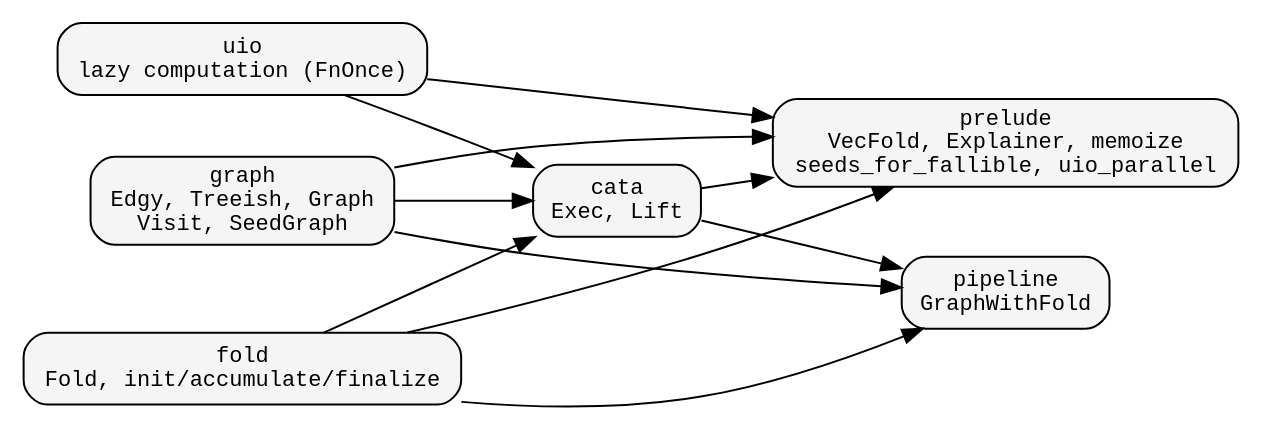
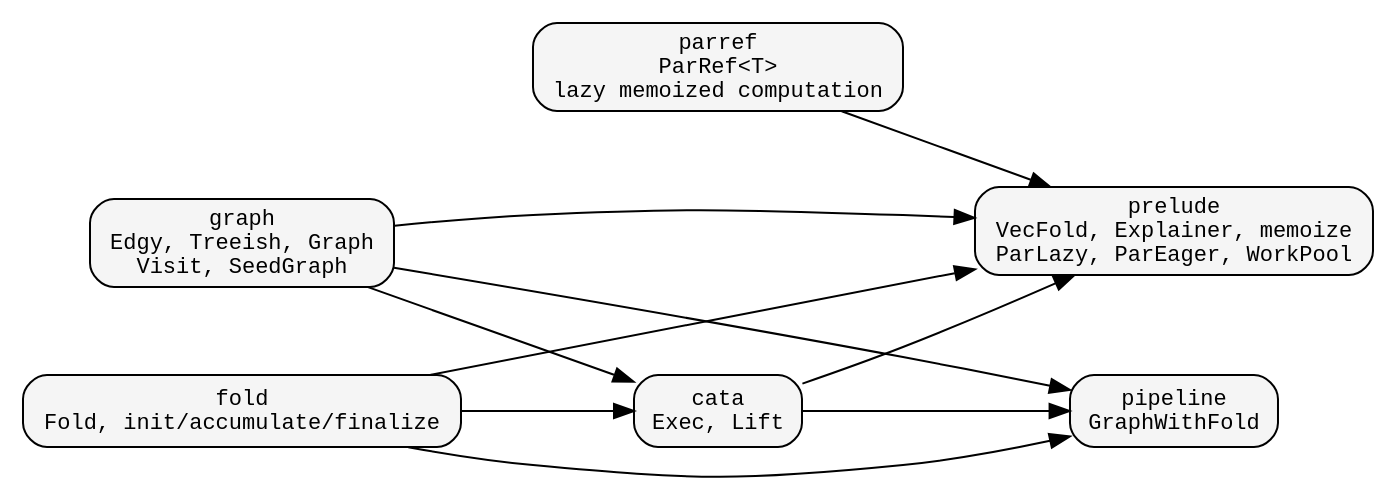
One commit to hylic-recursion/hylic-docs changed the third of 3 diagrams in book/src/design/core_composition.md. Above: the diagram before and after it, drawn with Graphviz. The commit also changed other lines of this file and 10 other files, not shown here.

````diff
--- a/book/src/design/core_composition.md
+++ b/book/src/design/core_composition.md
@@ -78,25 +104,24 @@
 ```dot process
 digraph {
     rankdir=LR;
     node [shape=box, style="rounded,filled", fillcolor="#f5f5f5", fontname="monospace", fontsize=11];
     edge [fontname="sans-serif", fontsize=10];
 
-    uio     [label="uio\nlazy computation (FnOnce)"];
+    parref  [label="parref\nParRef<T>\nlazy memoized computation"];
     graph_  [label="graph\nEdgy, Treeish, Graph\nVisit, SeedGraph"];
     fold    [label="fold\nFold, init/accumulate/finalize"];
     cata    [label="cata\nExec, Lift"];
     pipe    [label="pipeline\nGraphWithFold"];
-    prelude [label="prelude\nVecFold, Explainer, memoize\nseeds_for_fallible, uio_parallel"];
+    prelude [label="prelude\nVecFold, Explainer, memoize\nParLazy, ParEager, WorkPool"];
 
-    uio -> cata;
+    parref -> prelude;
     graph_ -> cata;
     fold -> cata;
     graph_ -> pipe;
     cata -> pipe;
     fold -> pipe;
     graph_ -> prelude;
     fold -> prelude;
     cata -> prelude;
-    uio -> prelude;
 }
 ```
````
